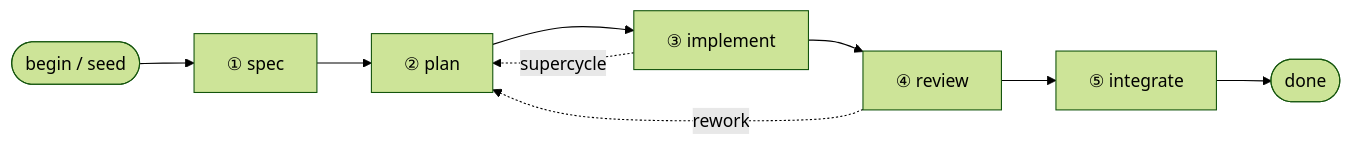
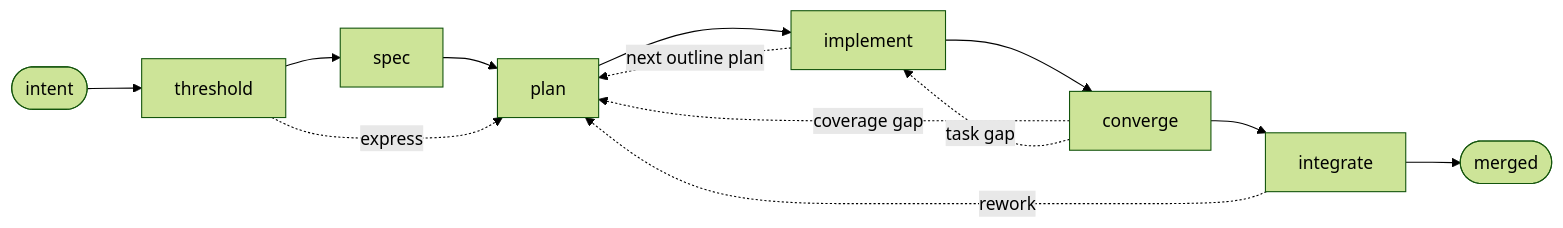
Before and after one commit to jpoimboe/imp: the seventh of 12 diagrams in docs/internals/architecture.md, drawn with Mermaid (forest theme). The commit also changed other lines of this file and 1 other file, not shown here.

Commit message:
docs(architecture): pin the six-phase intro, overview diagram, and branch legend
Quest: rufo96

````diff
--- a/docs/internals/architecture.md
+++ b/docs/internals/architecture.md
@@ -144,11 +144,15 @@
 ```mermaid
 flowchart LR
-  start([begin / seed]) --> SPEC["① spec"]
-  SPEC --> PLAN["② plan"]
-  PLAN --> IMPL["③ implement"]
-  IMPL --> REVIEW["④ review"]
-  REVIEW --> INTG["⑤ integrate"]
-  INTG --> done([done])
-  IMPL -. "supercycle" .-> PLAN
-  REVIEW -. "rework" .-> PLAN
+  start([intent]) --> TH["threshold"]
+  TH --> SPEC["spec"]
+  SPEC --> PLAN["plan"]
+  PLAN --> IMPL["implement"]
+  IMPL --> CONV["converge"]
+  CONV --> INTG["integrate"]
+  INTG --> done([merged])
+  TH -. "express" .-> PLAN
+  IMPL -. "next outline plan" .-> PLAN
+  CONV -. "coverage gap" .-> PLAN
+  CONV -. "task gap" .-> IMPL
+  INTG -. "rework" .-> PLAN
 ```
````
